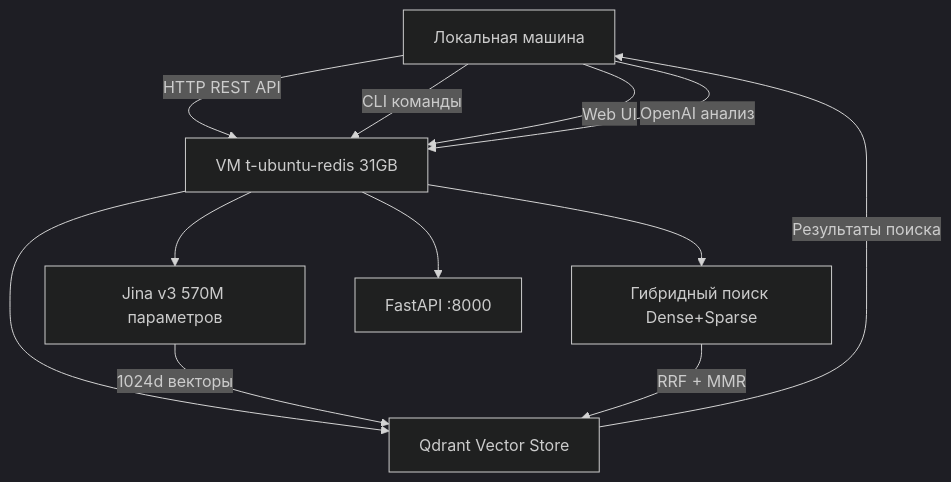
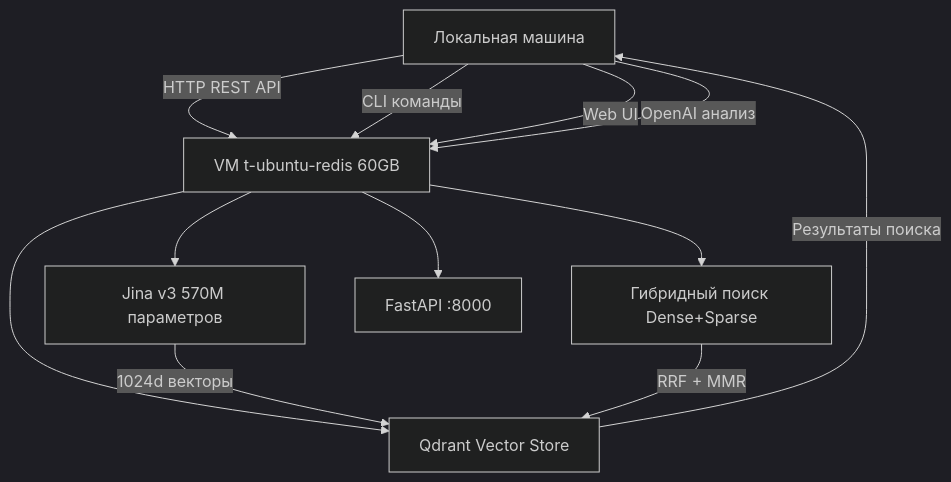
Before and after one commit to Bondartsov/repo_sum: the diagram in rules/Development Roadmap.md, drawn with Mermaid (dark theme). The commit also changed other lines of this file and 5 other files, not shown here.

````diff
--- a/rules/Development Roadmap.md
+++ b/rules/Development Roadmap.md
@@ -115,16 +115,16 @@
 ```mermaid
 flowchart TD
-    A[Локальная машина] -->|HTTP REST API| B[VM t-ubuntu-redis 31GB]
+    A[Локальная машина] -->|HTTP REST API| B[VM t-ubuntu-redis 60GB]
     A -->|CLI команды| B
     A -->|Web UI| B
     A -->|OpenAI анализ| B
 
     B --> C[Jina v3 570M параметров]
     B --> D[Qdrant Vector Store]
     B --> E[Гибридный поиск Dense+Sparse]
     B --> F[FastAPI :8000]
 
     C -->|1024d векторы| D
     E -->|RRF + MMR| D
     D -->|Результаты поиска| A
 ```
````
